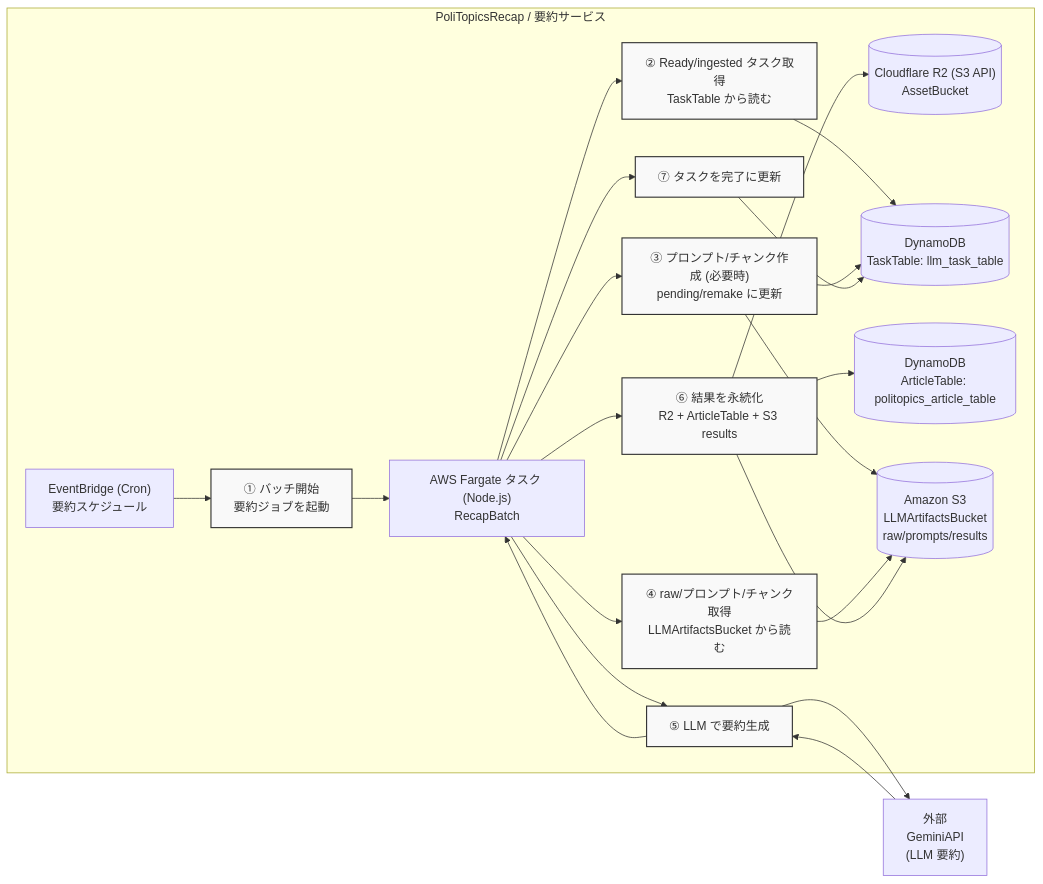
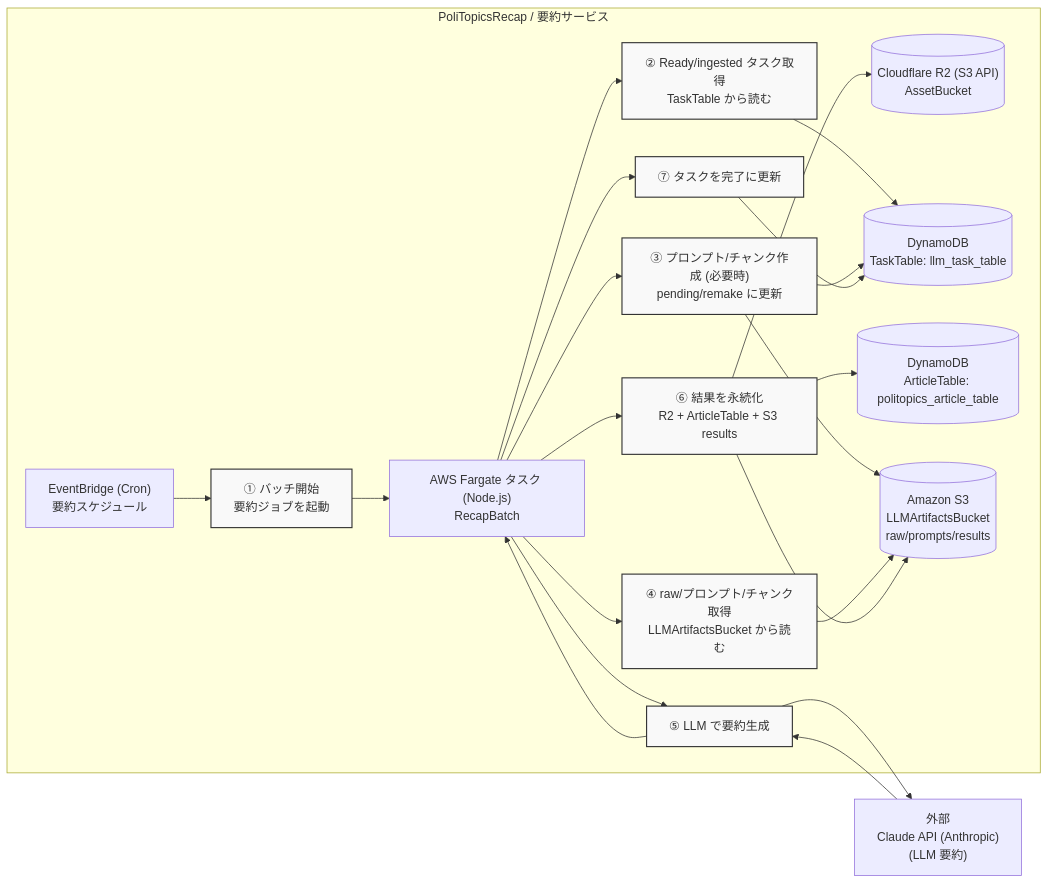
Before and after one commit to Keyhole-Koro/PoliTopicsRecap: the diagram in jp/README.md, drawn with Mermaid. The commit also changed other lines of this file and 6 other files, not shown here.

````diff
--- a/jp/README.md
+++ b/jp/README.md
@@ -8,41 +8,41 @@
 ```mermaid
 ---
 config:
   layout: dagre
 ---
 flowchart LR
   subgraph RP["PoliTopicsRecap / 要約サービス"]
         RecapSchedule["EventBridge (Cron)<br>要約スケジュール"]
         RecapBatch["AWS Fargate タスク (Node.js)<br>RecapBatch"]
         S1["① バッチ開始<br>要約ジョブを起動"]
         S2["② Ready/ingested タスク取得<br>TaskTable から読む"]
         S3["③ プロンプト/チャンク作成 (必要時)<br>pending/remake に更新"]
         S4["④ raw/プロンプト/チャンク取得<br>LLMArtifactsBucket から読む"]
         S5["⑤ LLM で要約生成"]
         S6["⑥ 結果を永続化<br>R2 + ArticleTable + S3 results"]
         S7["⑦ タスクを完了に更新"]
         AssetBucket[("Cloudflare R2 (S3 API)<br>AssetBucket")]
         TaskTable[("DynamoDB<br>TaskTable: llm_task_table")]
         ArticleTable[("DynamoDB<br>ArticleTable: politopics_article_table")]
         LlmBucket[("Amazon S3<br>LLMArtifactsBucket<br>raw/prompts/results")]
   end
     RecapSchedule --> S1
     S1 --> RecapBatch
     RecapBatch --> S2 & S3 & S4 & S5 & S6 & S7
     S2 --> TaskTable
     S3 --> LlmBucket & TaskTable
     S4 --> LlmBucket
-    S5 --> GeminiAPI["外部<br>GeminiAPI<br>(LLM 要約)"] & RecapBatch
-    GeminiAPI --> S5
+    S5 --> ClaudeAPI["外部<br>Claude API (Anthropic)<br>(LLM 要約)"] & RecapBatch
+    ClaudeAPI --> S5
     S6 --> AssetBucket & ArticleTable & LlmBucket
     S7 --> TaskTable
 
      S1:::step
      S2:::step
      S3:::step
      S4:::step
      S5:::step
      S6:::step
      S7:::step
     classDef step fill:#f9f9f9,stroke:#333,stroke-width:1.5px
 ```
````
